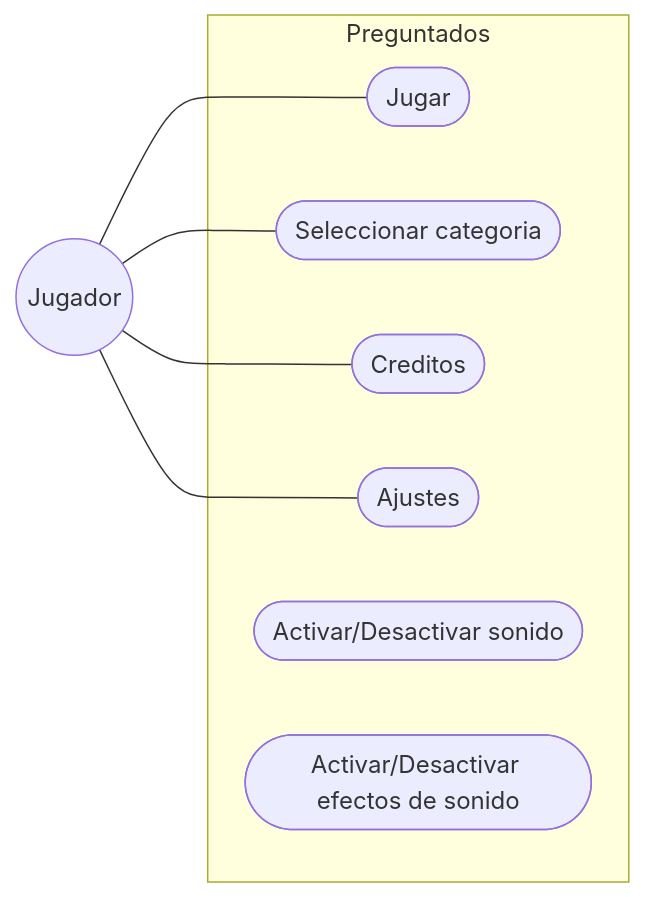
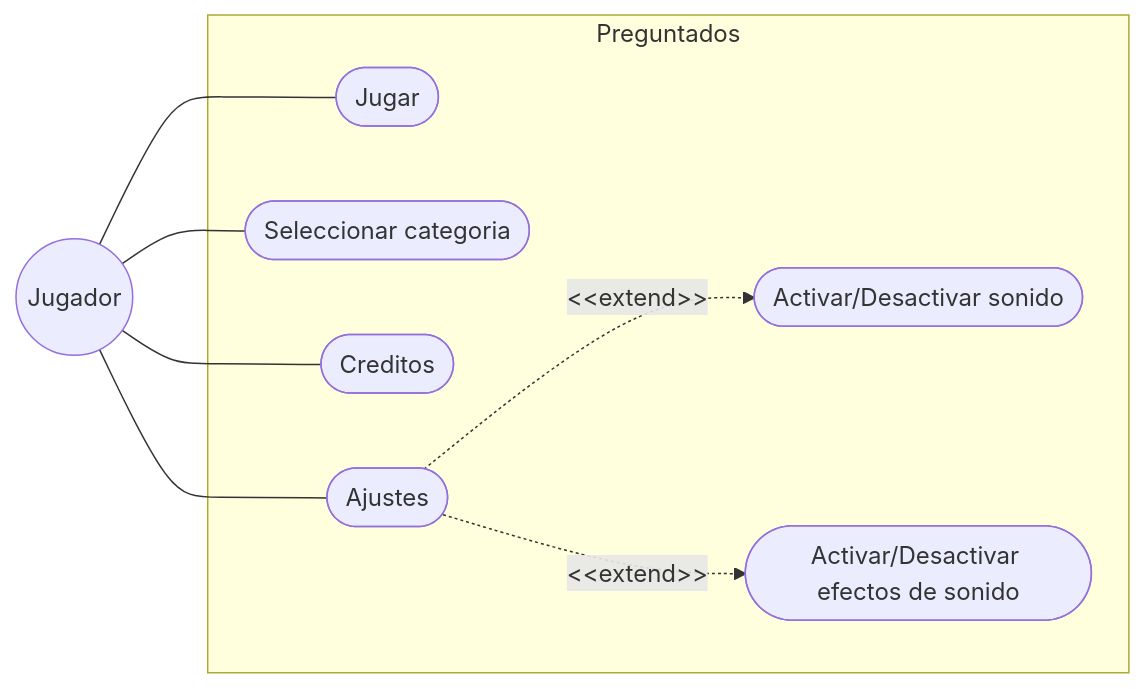
The first of 2 diagrams in README.md (juanma98117/ProyectoMinijuegoClase), drawn with Mermaid before and after one commit. The commit also changed other lines of this file, not shown here.

````diff
--- a/README.md
+++ b/README.md
@@ -2,25 +4,29 @@
 ```mermaid
 graph LR
 %% Actor
 Jugador((Jugador))
 
 %% Límite del Sistema
 subgraph "Preguntados"
    
     CU1([Jugar])
     CU2([Seleccionar categoria])
     CU3([Creditos])
     CU4([Ajustes])
     CU5([Activar/Desactivar sonido])
     CU6([Activar/Desactivar efectos de sonido])
 
 
 
 end
 
 %% Relaciones actor-casos de uso
 Jugador --- CU1
 Jugador --- CU2
 Jugador --- CU3
 Jugador --- CU4
+
+CU4 -.->|&lt;&lt;extend&gt;&gt;| CU5
+CU4 -.->|&lt;&lt;extend&gt;&gt;| CU6
+
 ```
````
